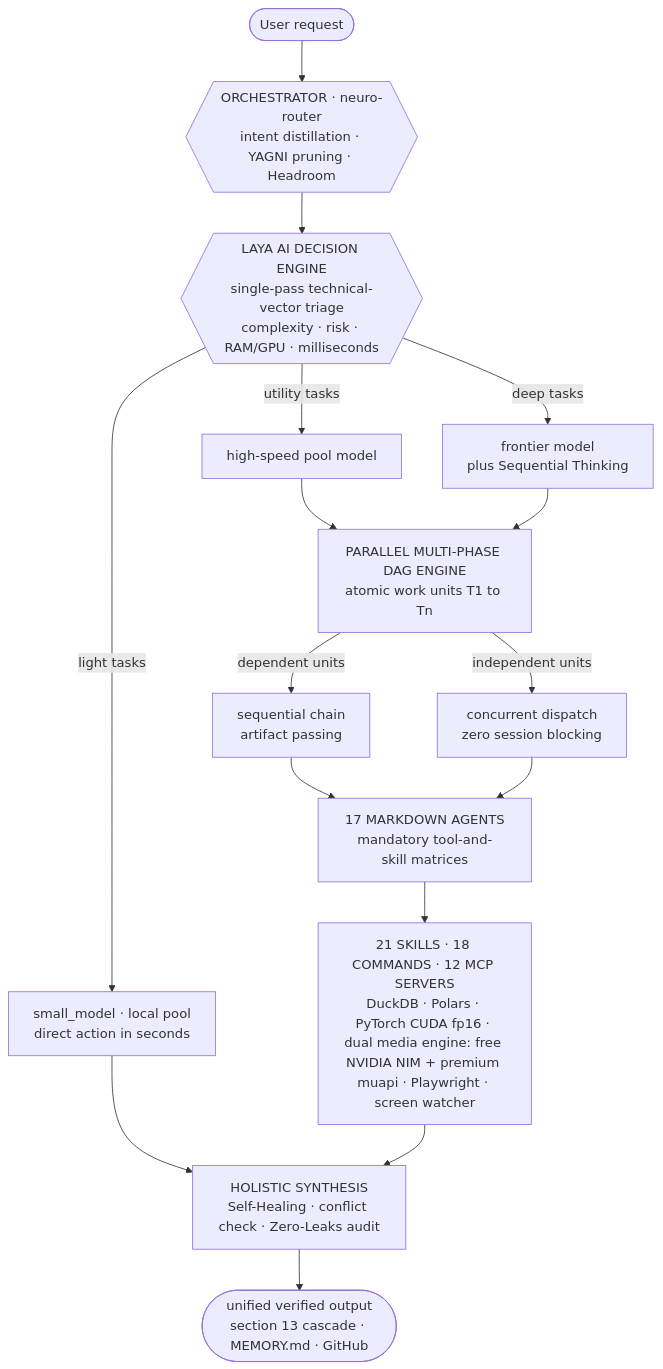
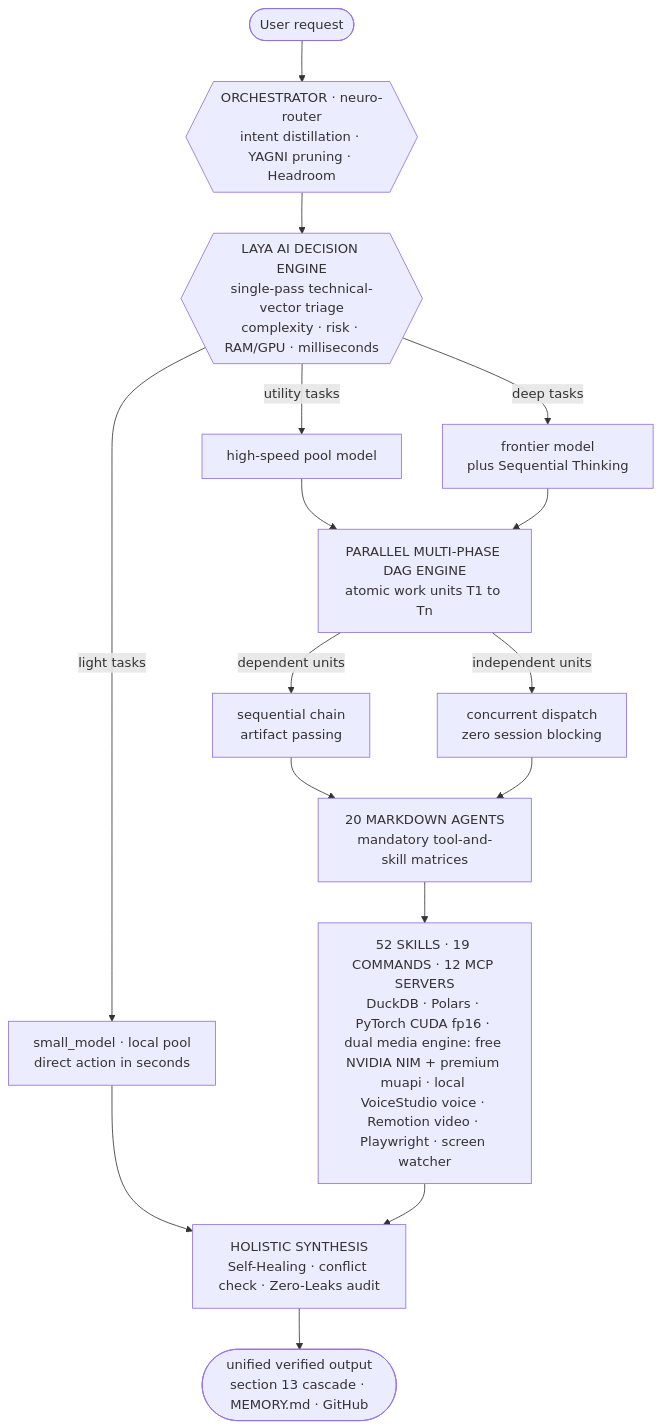
One commit to AFelipeRD/AI_Nexus_Core changed the diagram in README.md. Above: the diagram before and after it, drawn with Mermaid. The commit also changed other lines of this file and 24 other files, not shown here.

````diff
--- a/README.md
+++ b/README.md
@@ -81,18 +96,18 @@
 ```mermaid
 flowchart TB
     U(["User request"]) --> ORC{{"ORCHESTRATOR · neuro-router<br/>intent distillation · YAGNI pruning · Headroom"}}
     ORC --> LAYA{{"LAYA AI DECISION ENGINE<br/>single-pass technical-vector triage<br/>complexity · risk · RAM/GPU · milliseconds"}}
     LAYA -->|"light tasks"| T0["small_model · local pool<br/>direct action in seconds"]
     LAYA -->|"utility tasks"| T1["high-speed pool model"]
     LAYA -->|"deep tasks"| T2["frontier model<br/>plus Sequential Thinking"]
     T1 --> DAG["PARALLEL MULTI-PHASE DAG ENGINE<br/>atomic work units T1 to Tn"]
     T2 --> DAG
     T0 --> SYN
     DAG -->|"dependent units"| SEQ["sequential chain<br/>artifact passing"]
     DAG -->|"independent units"| PAR["concurrent dispatch<br/>zero session blocking"]
-    SEQ --> SQUAD["17 MARKDOWN AGENTS<br/>mandatory tool-and-skill matrices"]
+    SEQ --> SQUAD["20 MARKDOWN AGENTS<br/>mandatory tool-and-skill matrices"]
     PAR --> SQUAD
-    SQUAD --> RES["21 SKILLS · 18 COMMANDS · 12 MCP SERVERS<br/>DuckDB · Polars · PyTorch CUDA fp16 · dual media engine: free NVIDIA NIM + premium muapi · Playwright · screen watcher"]
+    SQUAD --> RES["52 SKILLS · 19 COMMANDS · 12 MCP SERVERS<br/>DuckDB · Polars · PyTorch CUDA fp16 · dual media engine: free NVIDIA NIM + premium muapi · local VoiceStudio voice · Remotion video · Playwright · screen watcher"]
     RES --> SYN["HOLISTIC SYNTHESIS<br/>Self-Healing · conflict check · Zero-Leaks audit"]
     SYN --> OUT(["unified verified output<br/>section 13 cascade · MEMORY.md · GitHub"])
 ```
````
